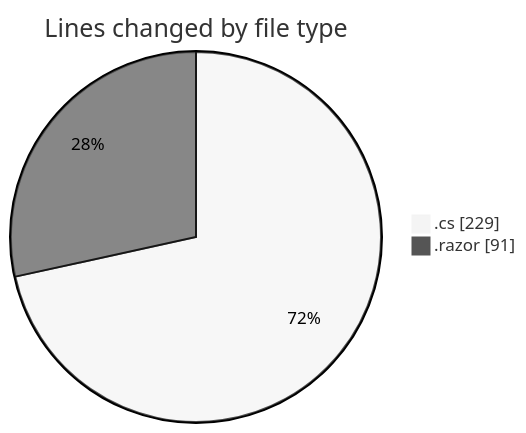
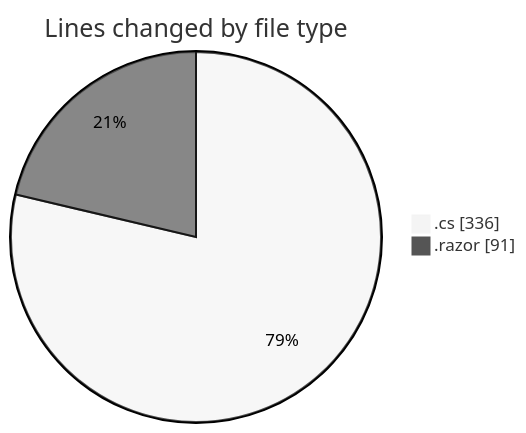
Before and after one commit to Netris89/code-tracking: the first of 2 diagrams in 2025-04-05/front-end/README.md, drawn with Mermaid (neutral theme). The commit also changed other lines of this file and 1 other file, not shown here.

````diff
--- a/2025-04-05/front-end/README.md
+++ b/2025-04-05/front-end/README.md
@@ -24,6 +24,6 @@
 ```mermaid
 pie showData
 title Lines changed by file type
-".cs" : 229
+".cs" : 336
 ".razor" : 91
 ```
````
